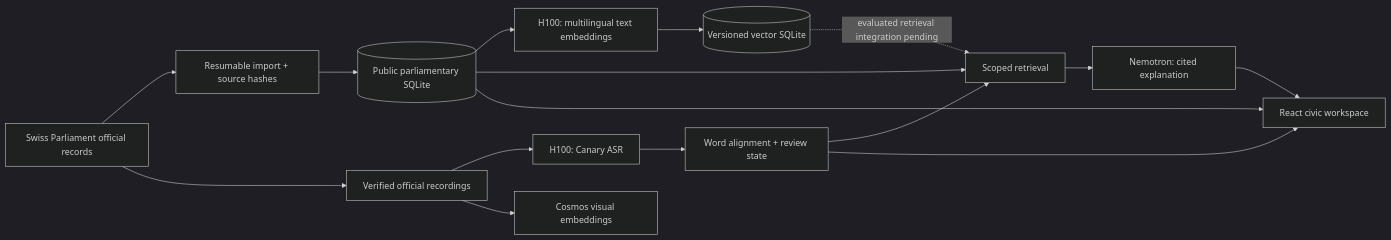
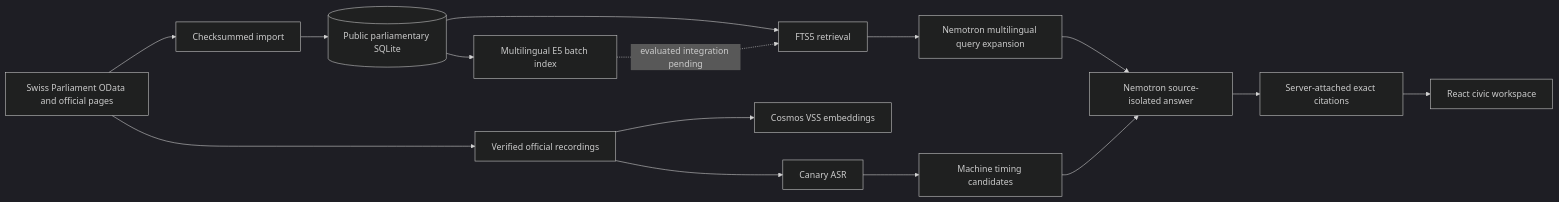
Before and after one commit to Swiss-ai-Weeks/swiss-parliament-intelligence: the diagram in README.md, drawn with Mermaid (dark theme). The commit also changed other lines of this file and 13 other files, not shown here.

````diff
--- a/README.md
+++ b/README.md
@@ -93,18 +47,17 @@
 ```mermaid
 flowchart LR
-    A[Swiss Parliament official records] --> B[Resumable import + source hashes]
-    B --> C[(Public parliamentary SQLite)]
-    A --> D[Verified official recordings]
-    D --> E[H100: Canary ASR]
-    E --> F[Word alignment + review state]
-    C --> G[H100: multilingual text embeddings]
-    G --> H[(Versioned vector SQLite)]
-    D --> I[Cosmos visual embeddings]
-    C --> J[Scoped retrieval]
-    F --> J
-    J --> K[Nemotron: cited explanation]
-    K --> L[React civic workspace]
-    C --> L
-    F --> L
-    H -. evaluated retrieval integration pending .-> J
+    O[Swiss Parliament OData and official pages] --> I[Checksummed import]
+    I --> P[(Public parliamentary SQLite)]
+    O --> M[Verified official recordings]
+    M --> A[Canary ASR]
+    A --> L[Machine timing candidates]
+    M --> V[Cosmos VSS embeddings]
+    P --> R[FTS5 retrieval]
+    R --> Q[Nemotron multilingual query expansion]
+    Q --> G[Nemotron source-isolated answer]
+    L --> G
+    G --> C[Server-attached exact citations]
+    C --> U[React civic workspace]
+    P --> E[Multilingual E5 batch index]
+    E -. evaluated integration pending .-> R
 ```
````
